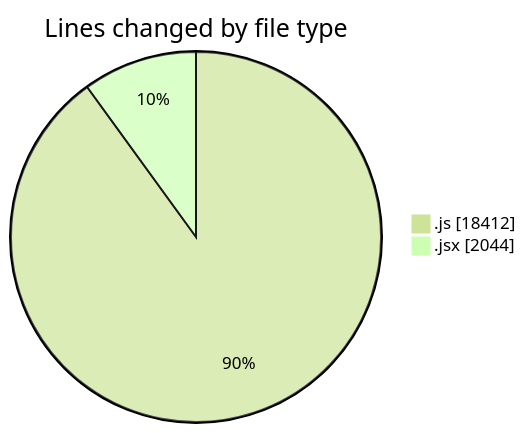
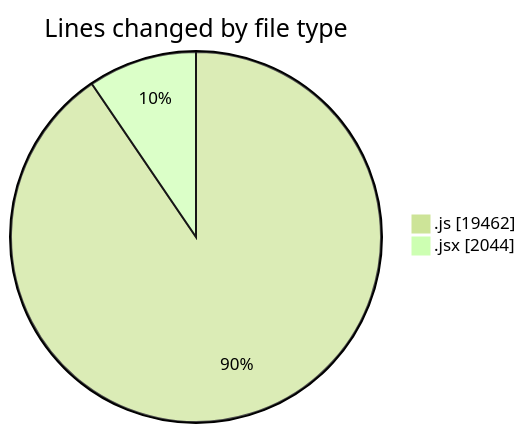
Before and after one commit to nxtqubesakshisongat/code-tracking: the first of 2 diagrams in 2025-10-01/nxtqube_webapp/README.md, drawn with Mermaid (forest theme). The commit also changed other lines of this file and 1 other file, not shown here.

````diff
--- a/2025-10-01/nxtqube_webapp/README.md
+++ b/2025-10-01/nxtqube_webapp/README.md
@@ -22,6 +22,6 @@
 ```mermaid
 pie showData
 title Lines changed by file type
-".js" : 18412
+".js" : 19462
 ".jsx" : 2044
 ```
````
